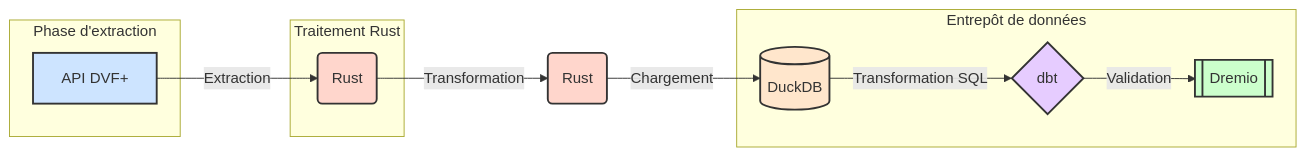
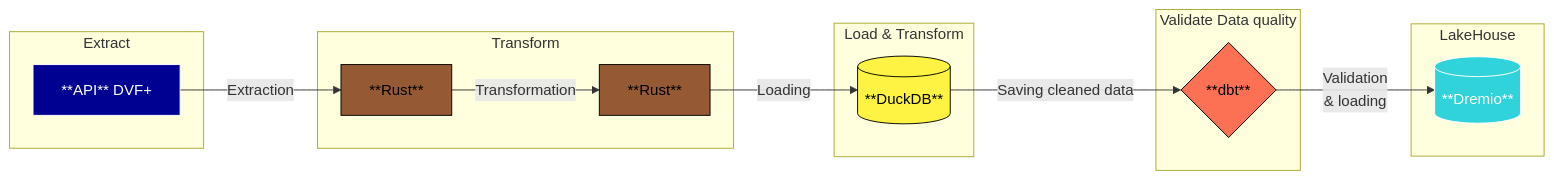
Before and after one commit to LugolBis/data-immo: the diagram in README.md, drawn with Mermaid.

````diff
--- a/README.md
+++ b/README.md
@@ -1,29 +1,36 @@
 ```mermaid
 flowchart LR
-    A[API DVF+] -->|Extraction| B(Rust)
-    B -->|Transformation| C(Rust)
-    C -->|Chargement| D[(DuckDB)]
-    D -->|Transformation SQL| E{dbt}
-    E -->|Validation| F[[Dremio]]
+    A[**API** DVF+] -->|Extraction| B[**Rust**]
+    B -->|Transformation| C[**Rust**]
+    C -->|Loading| D[(**DuckDB**)]
+    D -->|Saving cleaned data| E{**dbt**}
+    E -->|Validation<br>& loading| F[(**Dremio**)]
 
-    subgraph Extraction [Phase d'extraction]
+    subgraph Extraction [Extract]
         A
     end
     
-    subgraph TransformationRust [Traitement Rust]
+    subgraph TransformationRust [Transform]
         B
+        C
+    end
+
+    subgraph LT [Load & Transform]
+        D
+    end
+
+    subgraph VD [Validate Data quality]
+        E
     end
     
-    subgraph DataWarehouse [Entrepôt de données]
-        D
-        E
+    subgraph DataWarehouse [LakeHouse]
         F
     end
     
-    style A fill:#cde4ff,stroke:#333,stroke-width:2px
-    style B fill:#ffd6cc,stroke:#333,stroke-width:2px
-    style C fill:#ffd6cc,stroke:#333,stroke-width:2px
-    style D fill:#ffe6cc,stroke:#333,stroke-width:2px
-    style E fill:#e6ccff,stroke:#333,stroke-width:2px
-    style F fill:#ccffcc,stroke:#333,stroke-width:2px
+    style A fill:#000091,stroke:#ffffff,color:#ffffff,stroke-width:1px
+    style B fill:#955a34,stroke:#000000,color:#000000,stroke-width:1px
+    style C fill:#955a34,stroke:#000000,color:#000000,stroke-width:1px
+    style D fill:#fef242,stroke:#000000,color:#000000,stroke-width:1px
+    style E fill:#fc7053,stroke:#000000,color:#000000,stroke-width:1px
+    style F fill:#31d3db,stroke:#ffffff,color:#ffffff,stroke-width:1px
 ```
````
